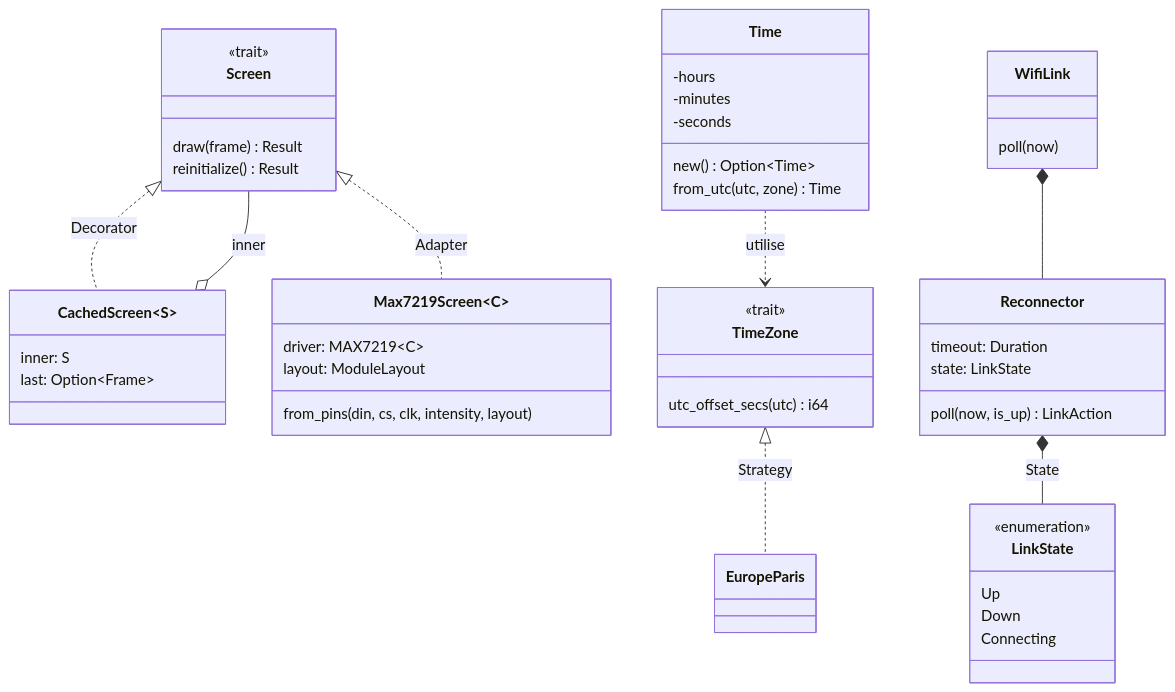
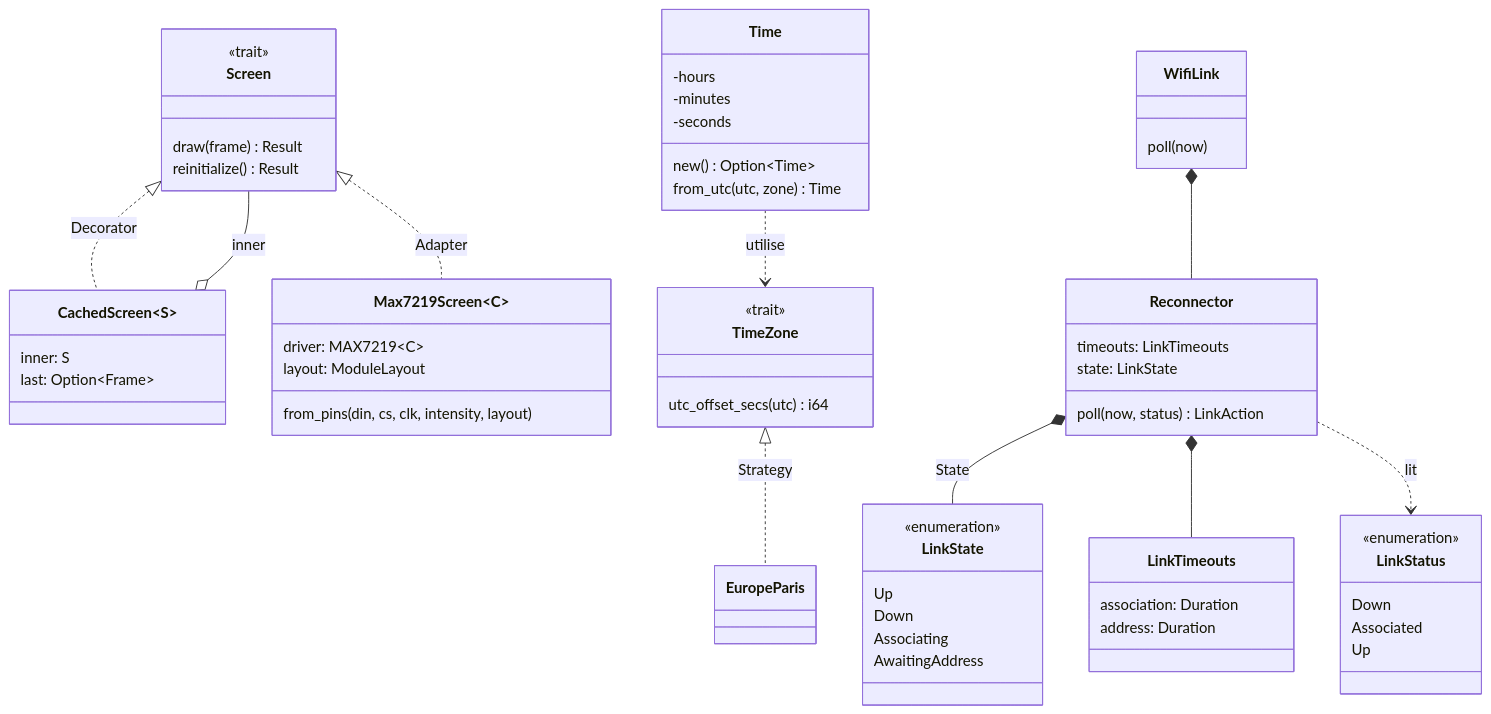
One commit to jprecigout/timeflow changed the diagram in docs/design-patterns.md. Above: the diagram before and after it, drawn with Mermaid. The commit also changed other lines of this file and 3 other files, not shown here.

````diff
--- a/docs/design-patterns.md
+++ b/docs/design-patterns.md
@@ -8,50 +8,63 @@
 ```mermaid
 classDiagram
     class Screen {
         <<trait>>
         draw(frame) Result
         reinitialize() Result
     }
     class CachedScreen~S~ {
         inner: S
         last: Option~Frame~
     }
     class Max7219Screen~C~ {
         driver: MAX7219~C~
         layout: ModuleLayout
         from_pins(din, cs, clk, intensity, layout)
     }
     class TimeZone {
         <<trait>>
         utc_offset_secs(utc) i64
     }
     class EuropeParis
     class Time {
         -hours
         -minutes
         -seconds
         new() Option~Time~
         from_utc(utc, zone) Time
     }
     class Reconnector {
-        timeout: Duration
+        timeouts: LinkTimeouts
         state: LinkState
-        poll(now, is_up) LinkAction
+        poll(now, status) LinkAction
     }
     class LinkState {
         <<enumeration>>
         Up
         Down
-        Connecting
+        Associating
+        AwaitingAddress
+    }
+    class LinkStatus {
+        <<enumeration>>
+        Down
+        Associated
+        Up
+    }
+    class LinkTimeouts {
+        association: Duration
+        address: Duration
     }
     class WifiLink {
         poll(now)
     }
     Screen <|.. CachedScreen : Decorator
     Screen <|.. Max7219Screen : Adapter
     CachedScreen o-- Screen : inner
     TimeZone <|.. EuropeParis : Strategy
     Time ..> TimeZone : utilise
     Reconnector *-- LinkState : State
+    Reconnector *-- LinkTimeouts
+    Reconnector ..> LinkStatus : lit
     WifiLink *-- Reconnector
 ```
````
